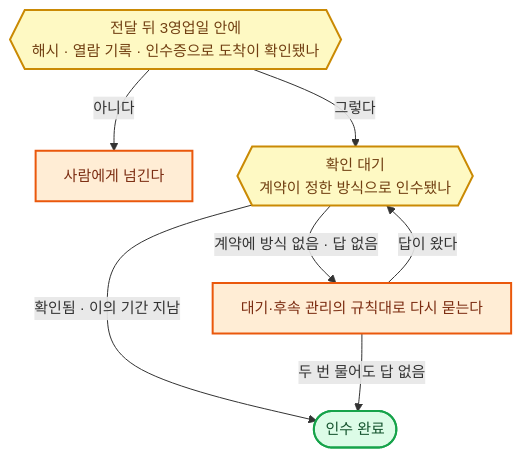
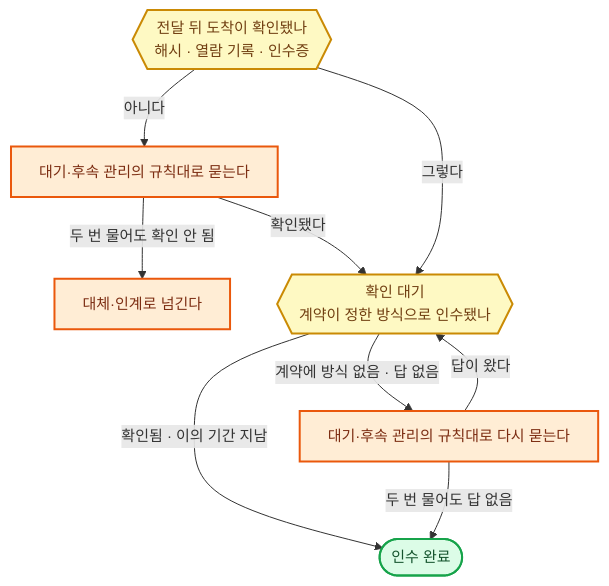
Before and after one commit to harisbaguette/expert: diagram 22 of 26 in 전문가 에이전트 정의 2.md, drawn with Mermaid. The commit also changed other lines of this file and 1 other file, not shown here.

Commit message:
정의 2 실무 뒤 12개(사람과 소통 새로 추가)를 정답 모양으로 넣음 — 심판 3차 통과

````diff
--- a/전문가 에이전트 정의 2.md
+++ b/전문가 에이전트 정의 2.md
@@ -2429,17 +2429,13 @@
 ```mermaid
 %%{init: {"flowchart": {"wrappingWidth": 640, "curve": "basis", "nodeSpacing": 45, "rankSpacing": 55, "padding": 14, "useMaxWidth": true}, "themeVariables": {"fontSize": "15px"}} }%%
 flowchart TB
-    SENT{{"전달 뒤 3영업일 안에<br/>해시 · 열람 기록 · 인수증으로 도착이 확인됐나"}}:::note
-    HUMAN["사람에게 넘긴다"]:::back
-    WAIT{{"확인 대기<br/>계약이 정한 방식으로 인수됐나"}}:::note
-    ASK["대기·후속 관리의 규칙대로 다시 묻는다"]:::back
-    DONE(["인수 완료"]):::good
-    SENT -- "아니다" --> HUMAN
-    SENT -- "그렇다" --> WAIT -- "확인됨 · 이의 기간 지남" --> DONE
-    WAIT -- "계약에 방식 없음 · 답 없음" --> ASK
+    SENT{{"전달 뒤 도착이 확인됐나<br/>해시 · 열람 기록 · 인수증"}}:::note -- "아니다" --> A1["대기·후속 관리의 규칙대로 묻는다"]:::back -- "두 번 물어도 확인 안 됨" --> ALT["대체·인계로 넘긴다"]:::back
+    A1 -- "확인됐다" --> WAIT
+    SENT -- "그렇다" --> WAIT{{"확인 대기<br/>계약이 정한 방식으로 인수됐나"}}:::note -- "확인됨 · 이의 기간 지남" --> DONE(["인수 완료"]):::good
+    WAIT -- "계약에 방식 없음 · 답 없음" --> ASK["대기·후속 관리의 규칙대로 다시 묻는다"]:::back
     ASK -- "답이 왔다" --> WAIT
     ASK -- "두 번 물어도 답 없음" --> DONE
     classDef back fill:#ffedd5,stroke:#ea580c,stroke-width:2px,color:#7c2d12
     classDef good fill:#dcfce7,stroke:#16a34a,stroke-width:2px,color:#14532d
     classDef note fill:#fef9c3,stroke:#ca8a04,stroke-width:2px,color:#713f12
 ```
````
